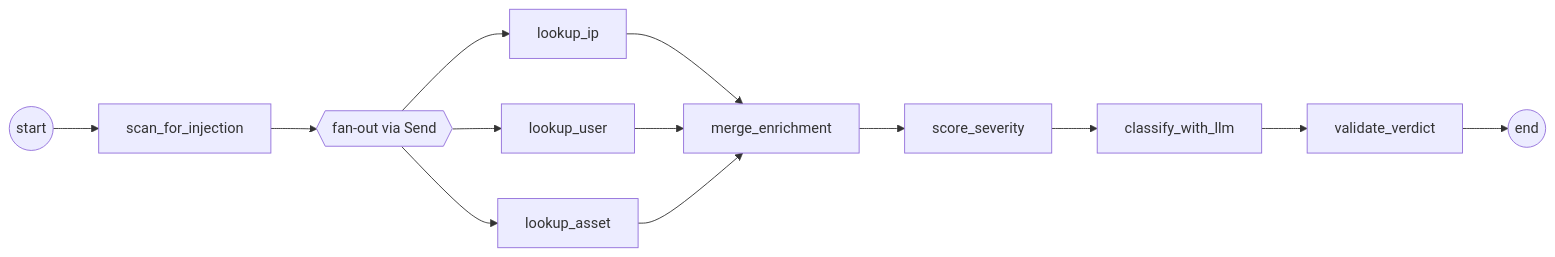
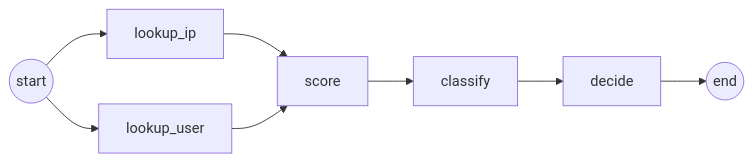
Before and after one commit to KunalKumarSwift/SentinelFlow: the second of 3 diagrams in docs/03-lld/02-workflows.md, drawn with Mermaid. The commit also changed other lines of this file and 25 other files, not shown here.

````diff
--- a/docs/03-lld/02-workflows.md
+++ b/docs/03-lld/02-workflows.md
@@ -63,13 +63,9 @@
 ```mermaid
 flowchart LR
-    S((start)) --> SCAN[scan_for_injection]
-    SCAN --> FAN{{fan-out via Send}}
-    FAN --> IP[lookup_ip]
-    FAN --> USR[lookup_user]
-    FAN --> AST[lookup_asset]
-    IP & USR & AST --> MERGE[merge_enrichment]
-    MERGE --> SCORE[score_severity]
-    SCORE --> CLS[classify_with_llm]
-    CLS --> VAL[validate_verdict]
-    VAL --> E((end))
+    S((start)) --> IP[lookup_ip]
+    S --> USR[lookup_user]
+    IP & USR --> SCORE[score]
+    SCORE --> CLS[classify]
+    CLS --> DEC[decide]
+    DEC --> E((end))
 ```
````
